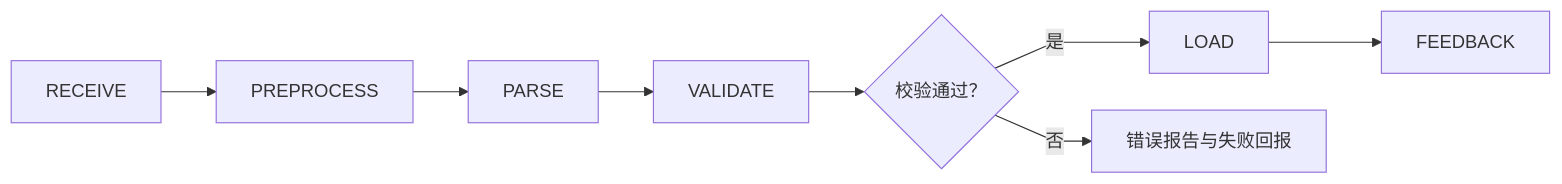
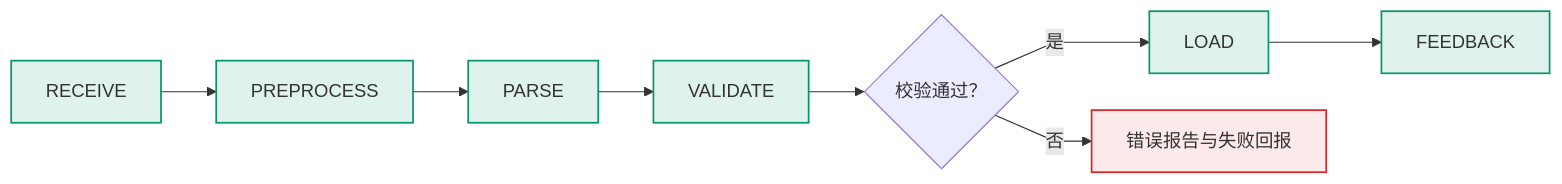
One commit to pinpols/file-batch-system changed the second of 8 diagrams in docs/design/file-pipeline-design.md. Above: the diagram before and after it, drawn with Mermaid. The commit also changed other lines of this file and 34 other files, not shown here.

First line of the commit message:
docs(diagram): 完成 P3 Mermaid 图样式收口并补充制图规范 (#1390)

````diff
--- a/docs/design/file-pipeline-design.md
+++ b/docs/design/file-pipeline-design.md
@@ -156,11 +156,14 @@
 ```mermaid
 %%{init: {"flowchart":{"curve":"linear","nodeSpacing":32,"rankSpacing":48},"sequence":{"mirrorActors":false}}}%%
 flowchart LR
-  R[RECEIVE] --> P[PREPROCESS]
-  P --> A[PARSE]
-  A --> V[VALIDATE]
+  R[RECEIVE]:::worker --> P[PREPROCESS]:::worker
+  P --> A[PARSE]:::worker
+  A --> V[VALIDATE]:::worker
   V --> C{校验通过？}
-  C -->|是| L[LOAD]
-  L --> F[FEEDBACK]
-  C -->|否| X[错误报告与失败回报]
+  C -->|是| L[LOAD]:::worker
+  L --> F[FEEDBACK]:::worker
+  C -->|否| X[错误报告与失败回报]:::fail
+
+  classDef worker fill:#0596691f,stroke:#059669,stroke-width:1.5px
+  classDef fail fill:#dc26261a,stroke:#dc2626,stroke-width:1.5px
 ```
````
